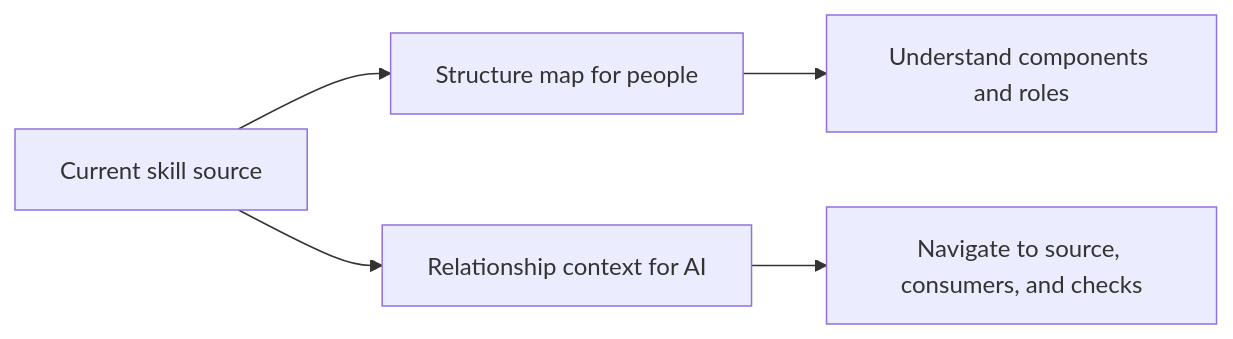
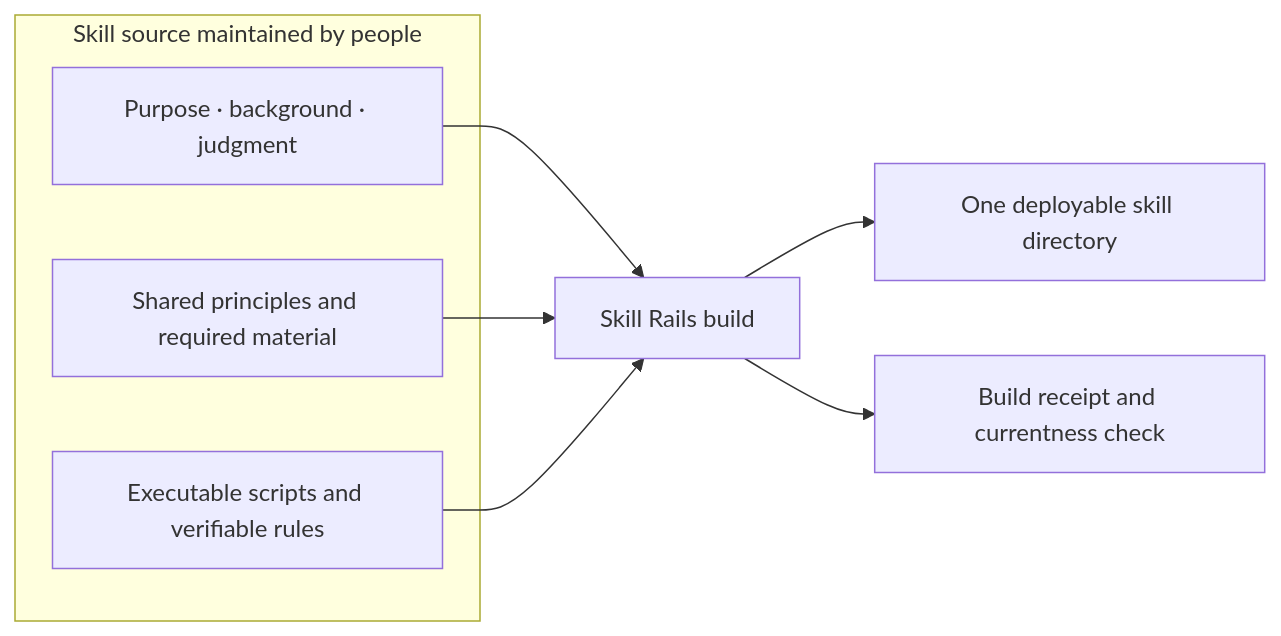
One commit to nanomia-ai/skill-rails changed the second of 2 diagrams in README.md. Above: the diagram before and after it, drawn with Mermaid. The commit also changed other lines of this file and 1 other file, not shown here.

Commit message:
docs: refresh bilingual Skill Rails introduction

````diff
--- a/README.md
+++ b/README.md
@@ -65,7 +46,13 @@
 ```mermaid
 flowchart LR
-    A["Current skill source"] --> B["Structure map for people"]
-    A --> C["Relationship context for AI"]
-    B --> D["Understand components and roles"]
-    C --> E["Navigate to source, consumers, and checks"]
+    subgraph S["Skill source maintained by people"]
+        A["Purpose · background · judgment"]
+        B["Shared principles and required material"]
+        C["Executable scripts and verifiable rules"]
+    end
+    A --> D["Skill Rails build"]
+    B --> D
+    C --> D
+    D --> E["One deployable skill directory"]
+    D --> F["Build receipt and currentness check"]
 ```
````
